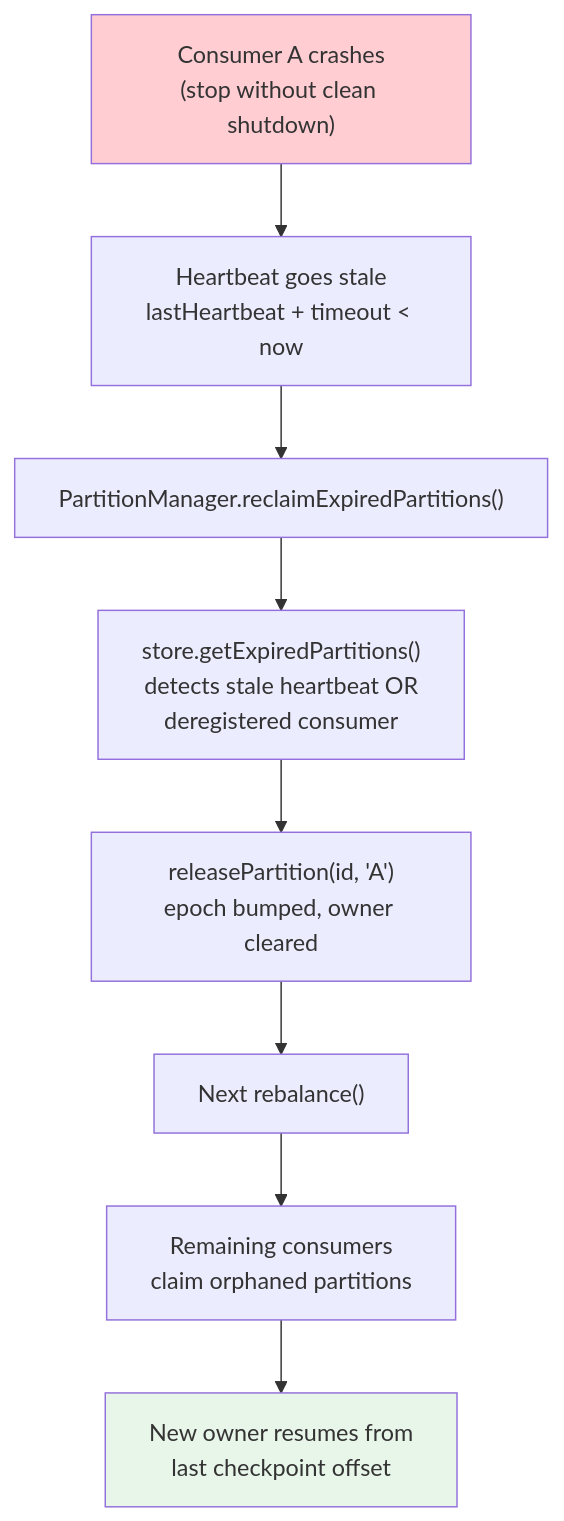
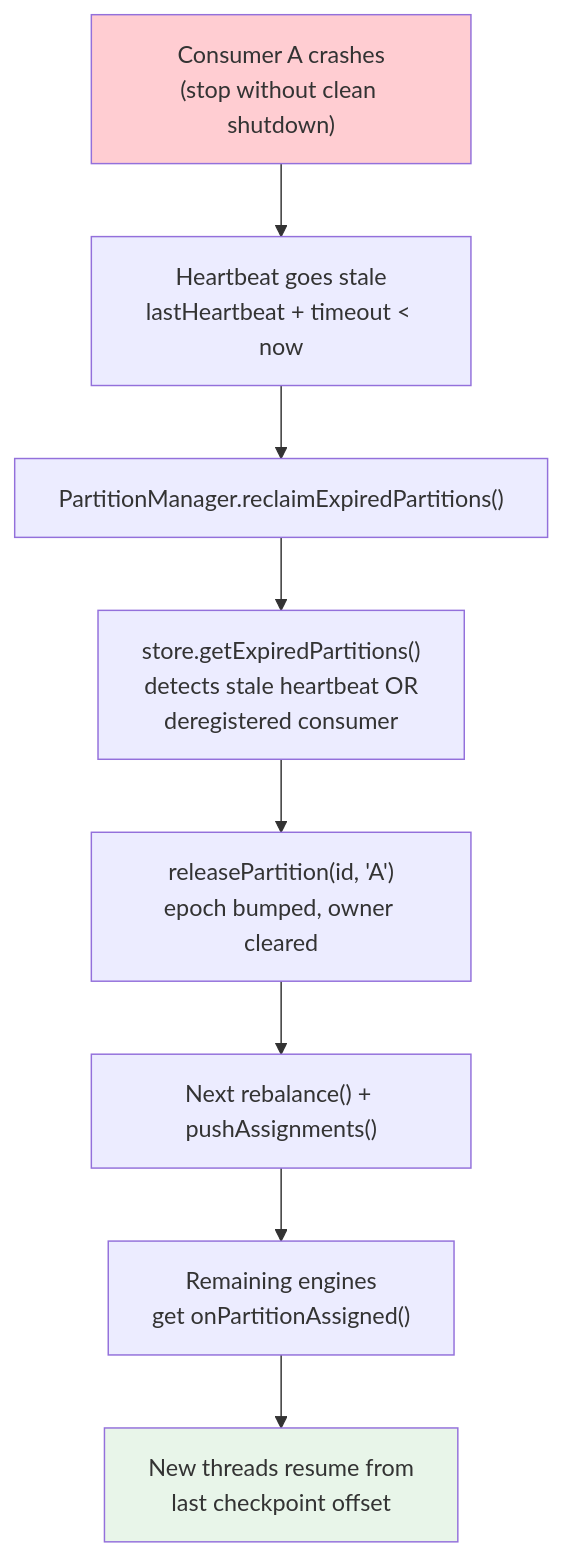
Before and after one commit to Prashant2603/pxrs: the ninth of 11 diagrams in README.md, drawn with Mermaid. The commit also changed other lines of this file and 23 other files, not shown here.

````diff
--- a/README.md
+++ b/README.md
@@ -320,13 +349,13 @@
 ```mermaid
 flowchart TD
     A["Consumer A crashes<br/>(stop without clean shutdown)"] --> B["Heartbeat goes stale<br/>lastHeartbeat + timeout < now"]
     B --> C["PartitionManager.reclaimExpiredPartitions()"]
     C --> D["store.getExpiredPartitions()<br/>detects stale heartbeat OR<br/>deregistered consumer"]
     D --> E["releasePartition(id, 'A')<br/>epoch bumped, owner cleared"]
-    E --> F["Next rebalance()"]
-    F --> G["Remaining consumers<br/>claim orphaned partitions"]
-    G --> H["New owner resumes from<br/>last checkpoint offset"]
+    E --> F["Next rebalance() + pushAssignments()"]
+    F --> G["Remaining engines<br/>get onPartitionAssigned()"]
+    G --> H["New threads resume from<br/>last checkpoint offset"]
 
     style A fill:#ffcdd2
     style H fill:#e8f5e9
 ```
````
